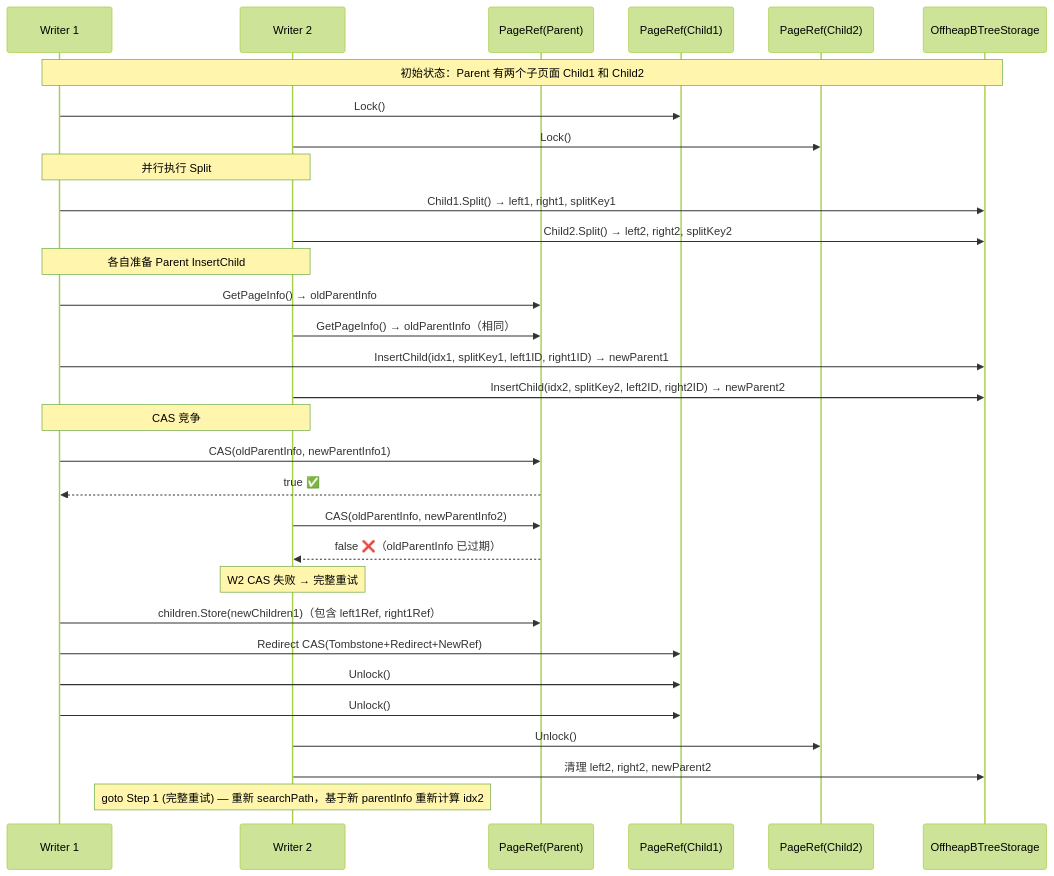
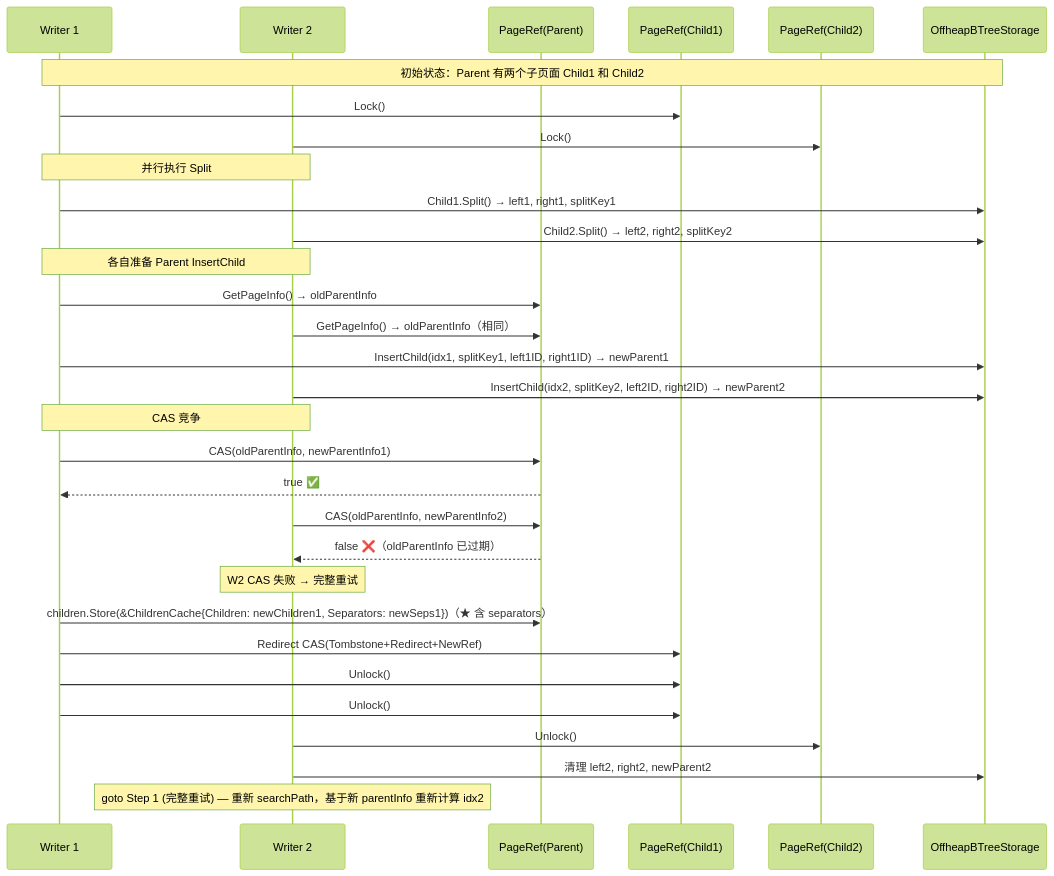
One commit to jzhang405/NexKV changed the fifth of 5 diagrams in docs/07_spike/btree-refactor/2026-04-02-btree-split-implement.md. Above: the diagram before and after it, drawn with Mermaid (forest theme). The commit also changed other lines of this file and 1 other file, not shown here.

First line of the commit message:
docs(btree): 添加 ChildrenCache 内嵌 separators 方案，更新 split 实现文档

````diff
--- a/docs/07_spike/btree-refactor/2026-04-02-btree-split-implement.md
+++ b/docs/07_spike/btree-refactor/2026-04-02-btree-split-implement.md
@@ -731,46 +751,46 @@
 ```mermaid
 sequenceDiagram
     participant W1 as Writer 1
     participant W2 as Writer 2
     participant Parent as PageRef(Parent)
     participant Child1 as PageRef(Child1)
     participant Child2 as PageRef(Child2)
     participant Storage as OffheapBTreeStorage
 
     Note over W1,Storage: 初始状态：Parent 有两个子页面 Child1 和 Child2
 
     W1->>Child1: Lock()
     W2->>Child2: Lock()
 
     Note over W1,W2: 并行执行 Split
 
     W1->>Storage: Child1.Split() → left1, right1, splitKey1
     W2->>Storage: Child2.Split() → left2, right2, splitKey2
 
     Note over W1,W2: 各自准备 Parent InsertChild
 
     W1->>Parent: GetPageInfo() → oldParentInfo
     W2->>Parent: GetPageInfo() → oldParentInfo（相同）
 
     W1->>Storage: InsertChild(idx1, splitKey1, left1ID, right1ID) → newParent1
     W2->>Storage: InsertChild(idx2, splitKey2, left2ID, right2ID) → newParent2
 
     Note over W1,W2: CAS 竞争
 
     W1->>Parent: CAS(oldParentInfo, newParentInfo1)
     Parent-->>W1: true ✅
 
     W2->>Parent: CAS(oldParentInfo, newParentInfo2)
     Parent-->>W2: false ❌（oldParentInfo 已过期）
 
     Note over W2: W2 CAS 失败 → 完整重试
 
-    W1->>Parent: children.Store(newChildren1)（包含 left1Ref, right1Ref）
+    W1->>Parent: children.Store(&ChildrenCache{Children: newChildren1, Separators: newSeps1})（★ 含 separators）
     W1->>Child1: Redirect CAS(Tombstone+Redirect+NewRef)
     W1->>Child1: Unlock()
     W1->>Child1: Unlock()
 
     W2->>Child2: Unlock()
     W2->>Storage: 清理 left2, right2, newParent2
     Note over W2: goto Step 1 (完整重试) — 重新 searchPath，基于新 parentInfo 重新计算 idx2
 ```
````
